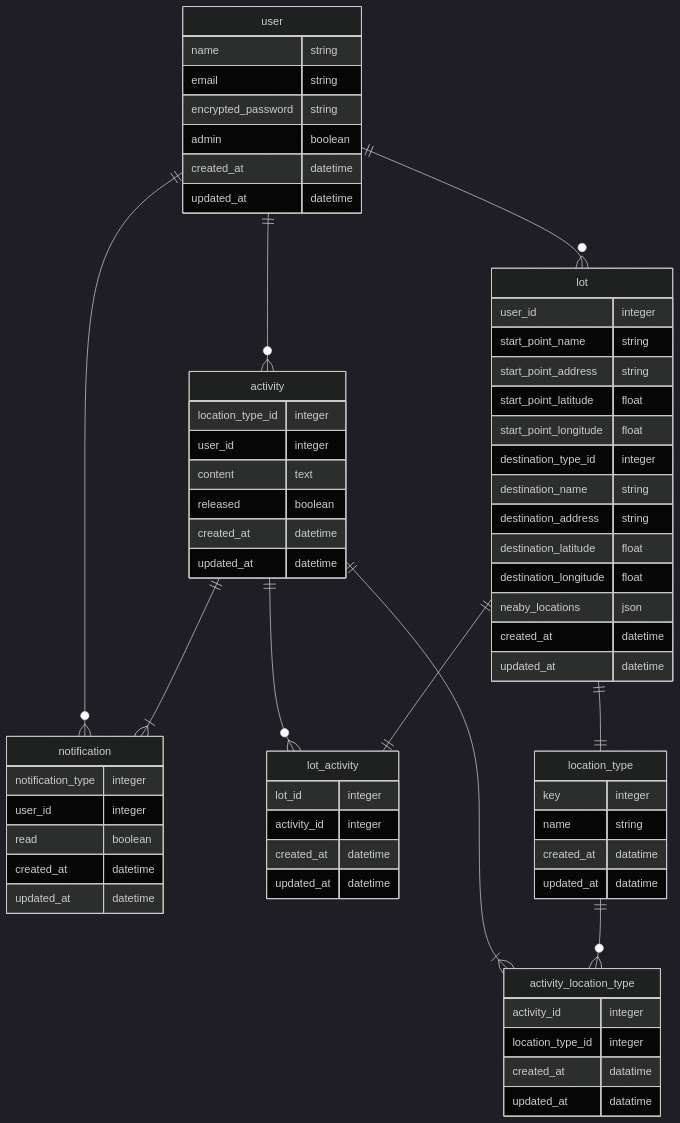
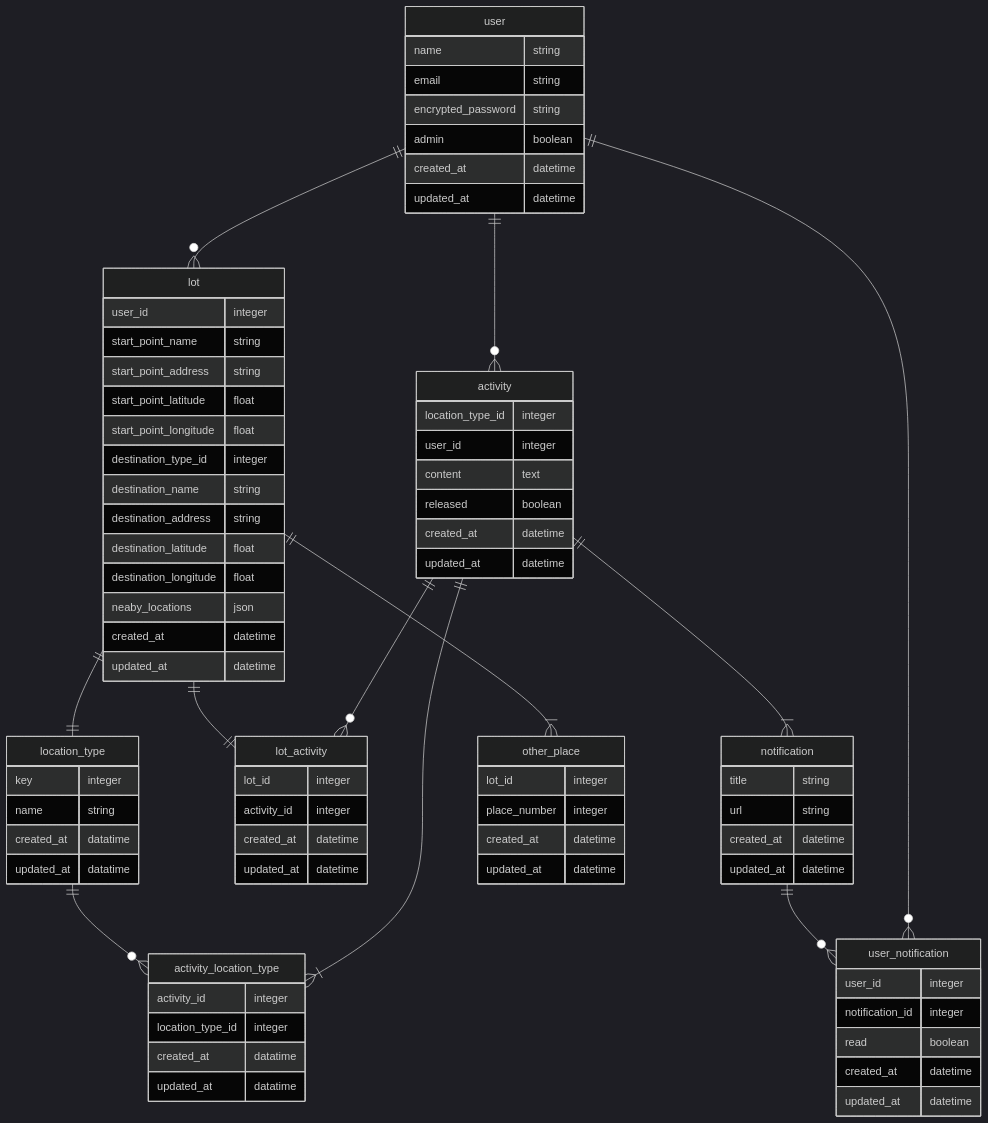
One commit to satoshitodaka/my_portfolio changed the diagram in 散歩くじ/summary.md. Above: the diagram before and after it, drawn with Mermaid (dark theme).

Commit message:
add 追加したモデルのER図情報を追記

```diff
--- a/散歩くじ/summary.md
+++ b/散歩くじ/summary.md
@@ -91,13 +91,15 @@
 
 user ||--o{ activity: ""
 user ||--o{ lot: ""
-user ||--o{ notification: ""
+user ||--o{ user_notification: ""
+notification ||--o{ user_notification: ""
 activity ||--|{ activity_location_type: ""
 activity ||--o{ lot_activity: ""
 activity ||--|{ notification: ""
 location_type ||--o{ activity_location_type: ""
 lot ||--|| location_type: ""
 lot ||--|| lot_activity: ""
+lot ||--|{ other_place: ""
 
 user {
     name string
@@ -122,6 +124,13 @@
     neaby_locations json
     created_at datetime
     updated_at datetime
+}
+
+other_place {
+  lot_id integer
+  place_number integer
+  created_at datetime
+  updated_at datetime
 }
 
 activity {
@@ -155,8 +164,15 @@
 }
 
 notification {
-  notification_type integer
+  title string
+  url string
+  created_at datetime
+  updated_at datetime
+}
+
+user_notification {
   user_id integer
+  notification_id integer
   read boolean
   created_at datetime
   updated_at datetime
```
